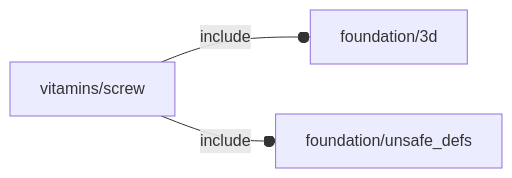
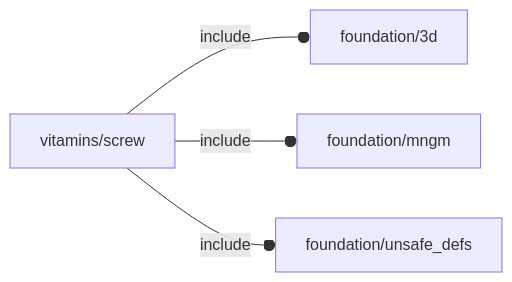
Before and after one commit to ggabbiani/OFL: the diagram in orthodocs/vitamins/screw.md, drawn with Mermaid. The commit also changed 39 other files, not shown here.

````diff
--- a/orthodocs/vitamins/screw.md
+++ b/orthodocs/vitamins/screw.md
@@ -5,5 +5,6 @@
 ```mermaid
 graph LR
     A1[vitamins/screw] --o|include| A2[foundation/3d]
-    A1 --o|include| A3[foundation/unsafe_defs]
+    A1 --o|include| A3[foundation/mngm]
+    A1 --o|include| A4[foundation/unsafe_defs]
 ```
````
